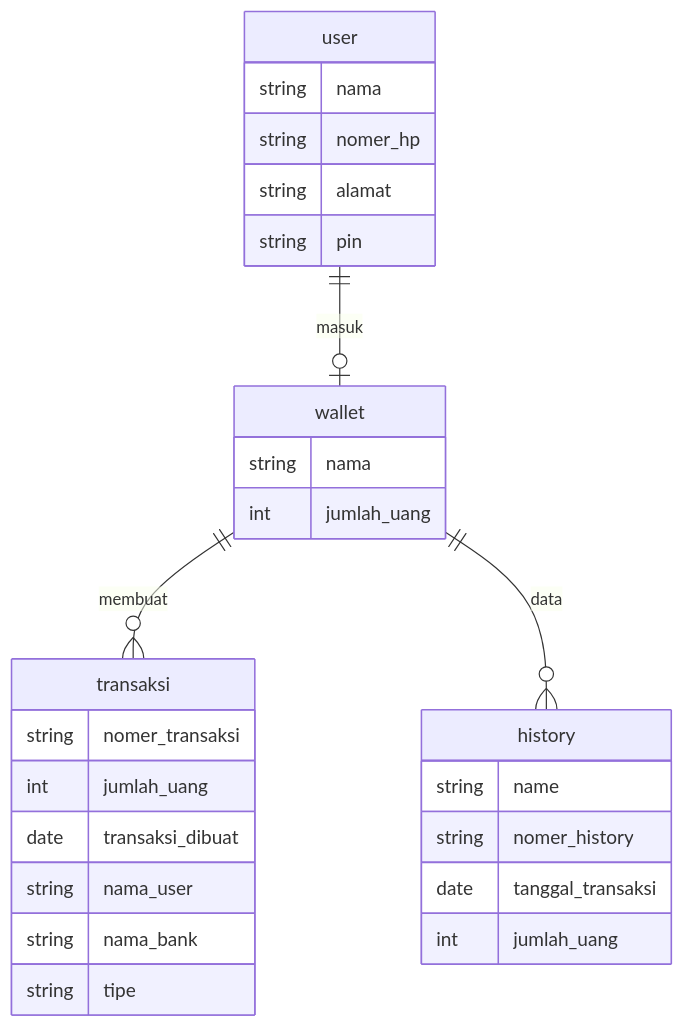
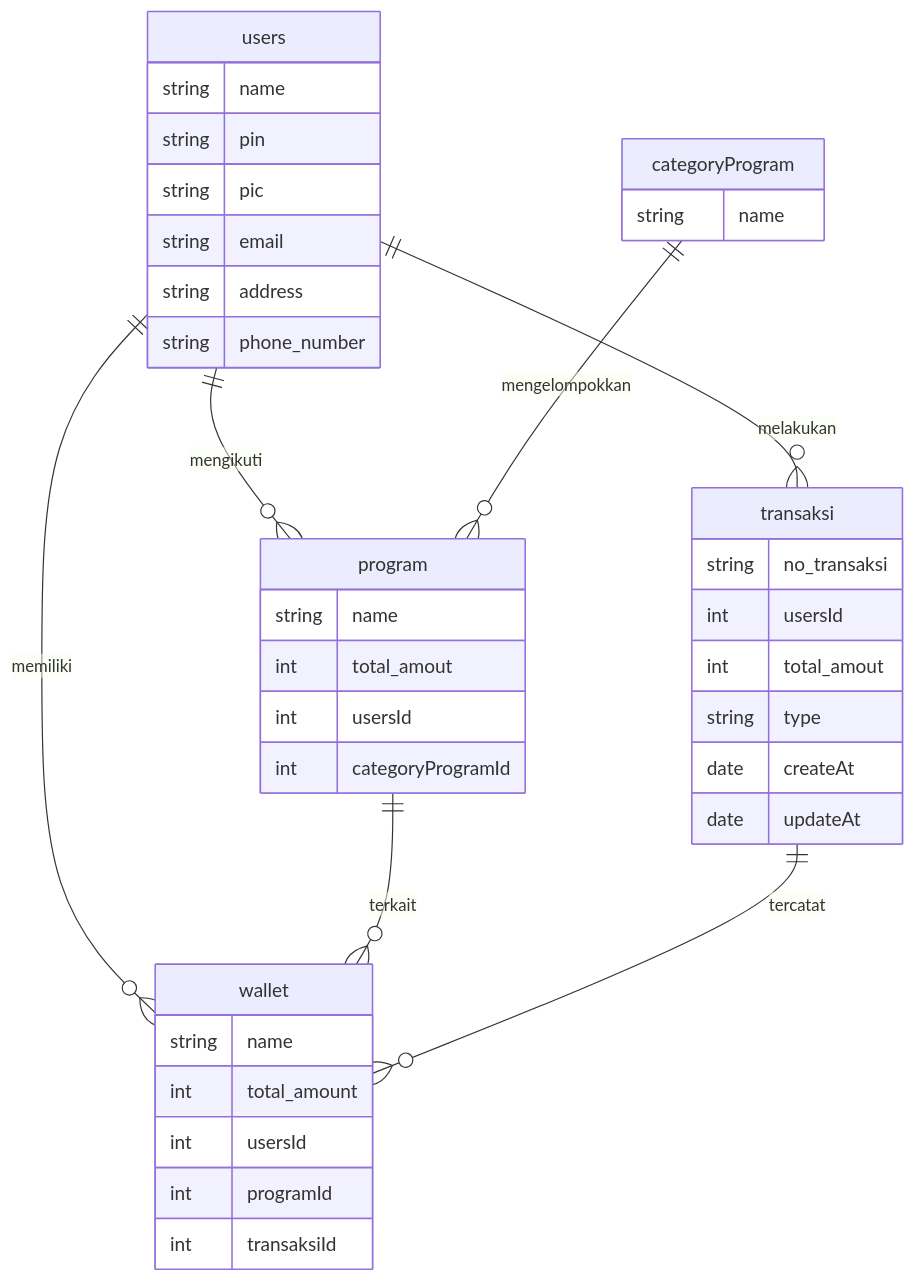
Before and after one commit to ariekas/koda-b4-db2: the diagram in README.md, drawn with Mermaid. The commit also changed 1 other file, not shown here.

Commit message:
docs: update erd field and update relasi

````diff
--- a/README.md
+++ b/README.md
@@ -5,35 +5,48 @@
 ```mermaid
 erDiagram
 
-user{
-    string nama
-    string nomer_hp
-    string alamat
+users {
+    string name
     string pin
+    string pic
+    string email
+    string address
+    string phone_number
 }
 
-wallet{
-    string nama
-    int jumlah_uang
+wallet {
+    string name
+    int total_amount
+    int usersId
+    int programId
+    int transaksiId
 }
 
-transaksi{
-    string nomer_transaksi
-    int jumlah_uang
-    date transaksi_dibuat
-    string nama_user
-    string nama_bank
-    string tipe
+program {
+    string name
+    int total_amout
+    int usersId
+    int categoryProgramId
 }
 
+categoryProgram {
+    string name
+}
 
-history{
-    string name
-    string nomer_history
-    date tanggal_transaksi
-    int jumlah_uang
+transaksi {
+    string no_transaksi
+    int usersId
+    int total_amout
+    string type
+    date createAt
+    date updateAt
 }
-user||--o|wallet : masuk
-wallet||--o{transaksi : membuat
-wallet||--o{history : data
+
+users ||--o{ wallet : memiliki
+users ||--o{ program : mengikuti
+users ||--o{ transaksi : melakukan
+categoryProgram ||--o{ program : mengelompokkan
+program ||--o{ wallet : terkait
+transaksi ||--o{ wallet : tercatat
+
 ```
````
